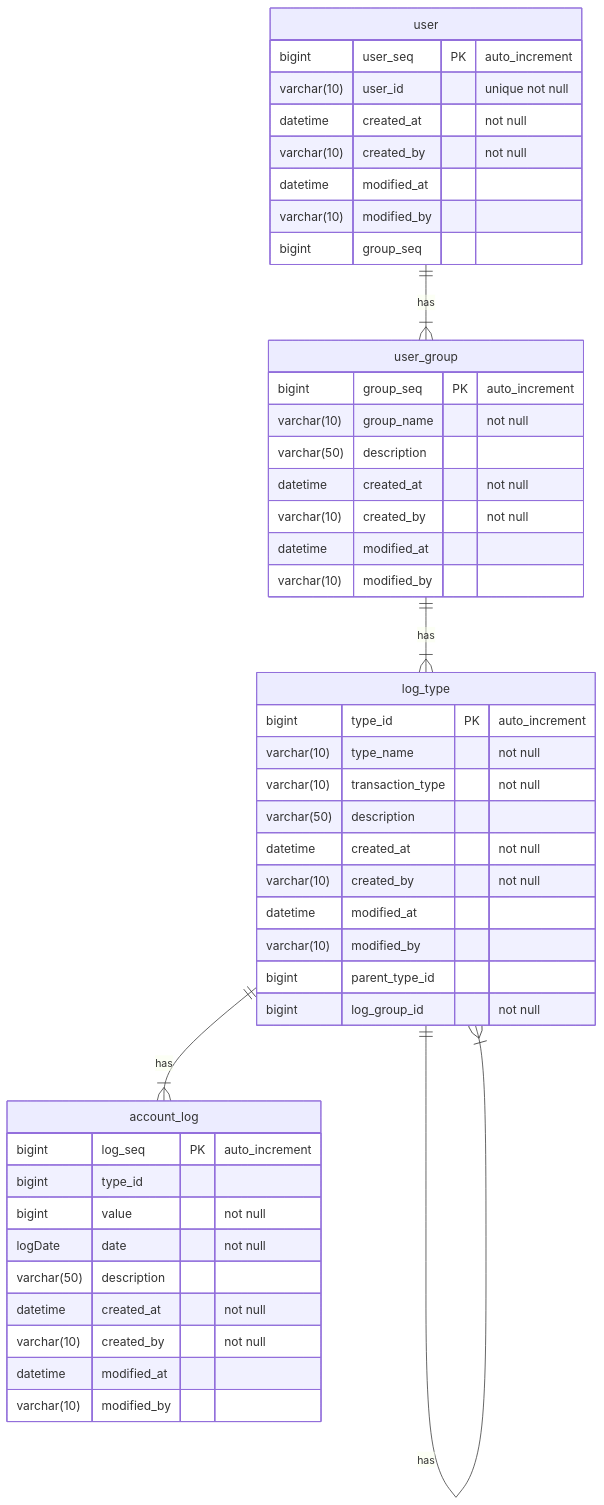
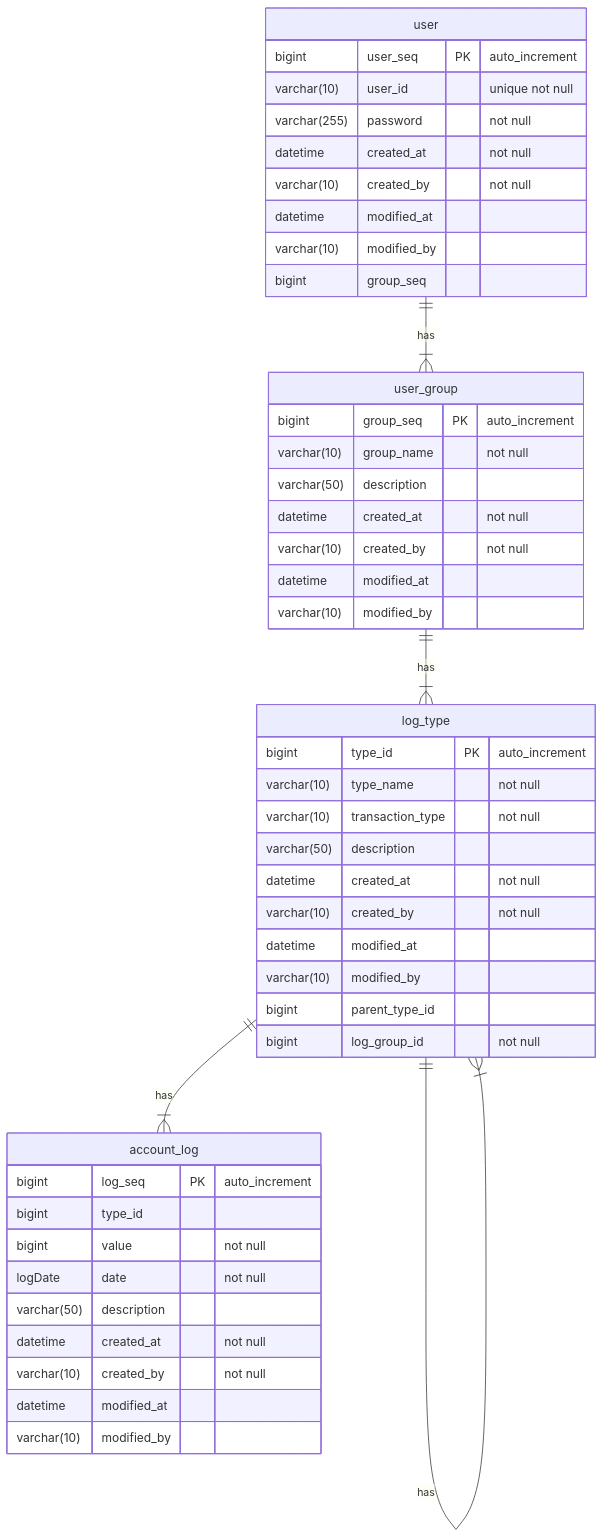
One commit to SeungHeeNoh/accountBook changed the diagram in README.md. Above: the diagram before and after it, drawn with Mermaid. The commit also changed 2 other files, not shown here.

Commit message:
feat: user table에 password 컬럼 추가
#17

````diff
--- a/README.md
+++ b/README.md
@@ -11,49 +11,50 @@
 ```mermaid
 erDiagram
     user ||--|{ user_group : has
     user_group ||--|{ log_type : has
     log_type ||--|{ log_type : has
     log_type ||--|{ account_log : has
     user {
         bigint user_seq PK "auto_increment"
         varchar(10) user_id "unique not null"
+        varchar(255) password "not null"
         datetime created_at "not null"
         varchar(10) created_by "not null"
         datetime modified_at
         varchar(10) modified_by
         bigint group_seq
     }
     user_group {
         bigint group_seq PK "auto_increment"
         varchar(10) group_name "not null"
         varchar(50) description
         datetime created_at "not null"
         varchar(10) created_by "not null"
         datetime modified_at
         varchar(10) modified_by
     }
     log_type {
         bigint type_id PK "auto_increment"
         varchar(10) type_name "not null"
         varchar(10) transaction_type "not null"
         varchar(50) description
         datetime created_at "not null"
         varchar(10) created_by "not null"
         datetime modified_at
         varchar(10) modified_by
         bigint parent_type_id
         bigint log_group_id "not null"
     }
     account_log {
         bigint log_seq PK "auto_increment"
         bigint type_id
         bigint value "not null"
         logDate date "not null"
         varchar(50) description
         datetime created_at "not null"
         varchar(10) created_by "not null"
         datetime modified_at
         varchar(10) modified_by
     }
 
 ```
````
